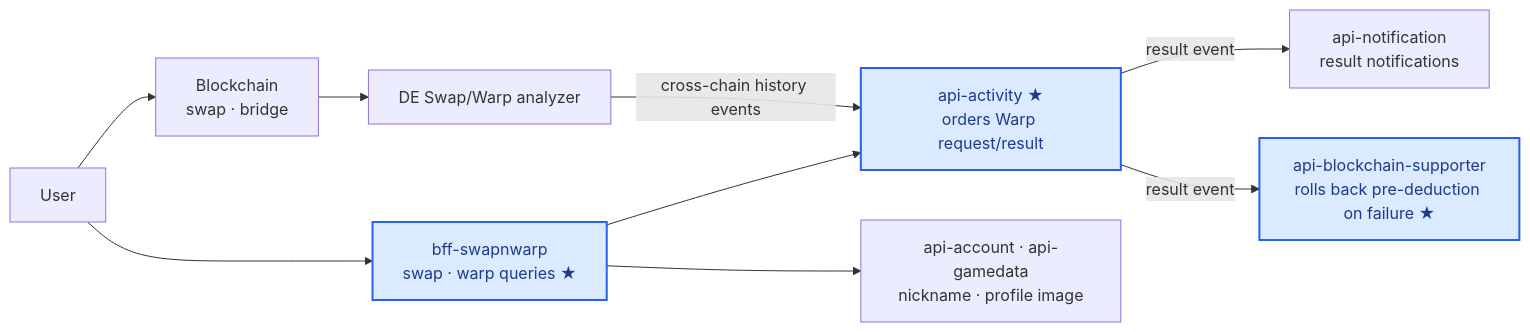
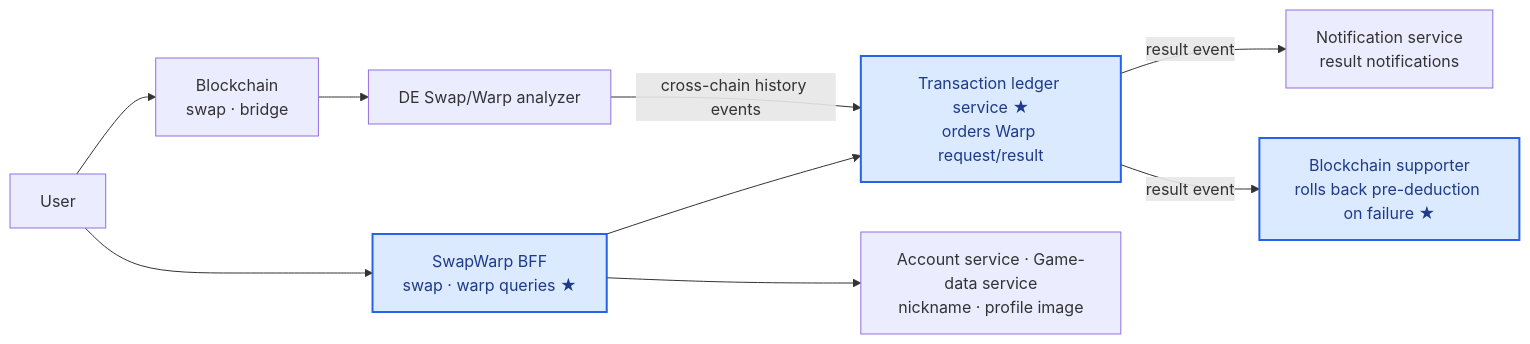
One commit to shalwxy/career changed the diagram in content/diagrams/swapwarp.en.mmd. Above: the diagram before and after it, drawn with Mermaid. The commit also changed 24 other files, not shown here.

```diff
--- a/content/diagrams/swapwarp.en.mmd
+++ b/content/diagrams/swapwarp.en.mmd
@@ -1,12 +1,12 @@
 %% title: Swap & Warp — cross-chain transfer history
 flowchart LR
-    U[User] --> SW[bff-swapnwarp<br/>swap · warp queries ★]
+    U[User] --> SW[SwapWarp BFF<br/>swap · warp queries ★]
     U --> BC[Blockchain<br/>swap · bridge]
     BC --> DEA[DE Swap/Warp analyzer]
-    DEA -- cross-chain history events --> ACT[api-activity ★<br/>orders Warp request/result]
-    ACT -- result event --> NT[api-notification<br/>result notifications]
-    ACT -- result event --> BCS[api-blockchain-supporter<br/>rolls back pre-deduction on failure ★]
+    DEA -- cross-chain history events --> ACT[Transaction ledger service ★<br/>orders Warp request/result]
+    ACT -- result event --> NT[Notification service<br/>result notifications]
+    ACT -- result event --> BCS[Blockchain supporter<br/>rolls back pre-deduction on failure ★]
     SW --> ACT
-    SW --> GD[api-account · api-gamedata<br/>nickname · profile image]
+    SW --> GD[Account service · Game-data service<br/>nickname · profile image]
     classDef mine fill:#dbeafe,stroke:#2563eb,stroke-width:2px,color:#1e3a8a
     class SW,ACT,BCS mine
```
